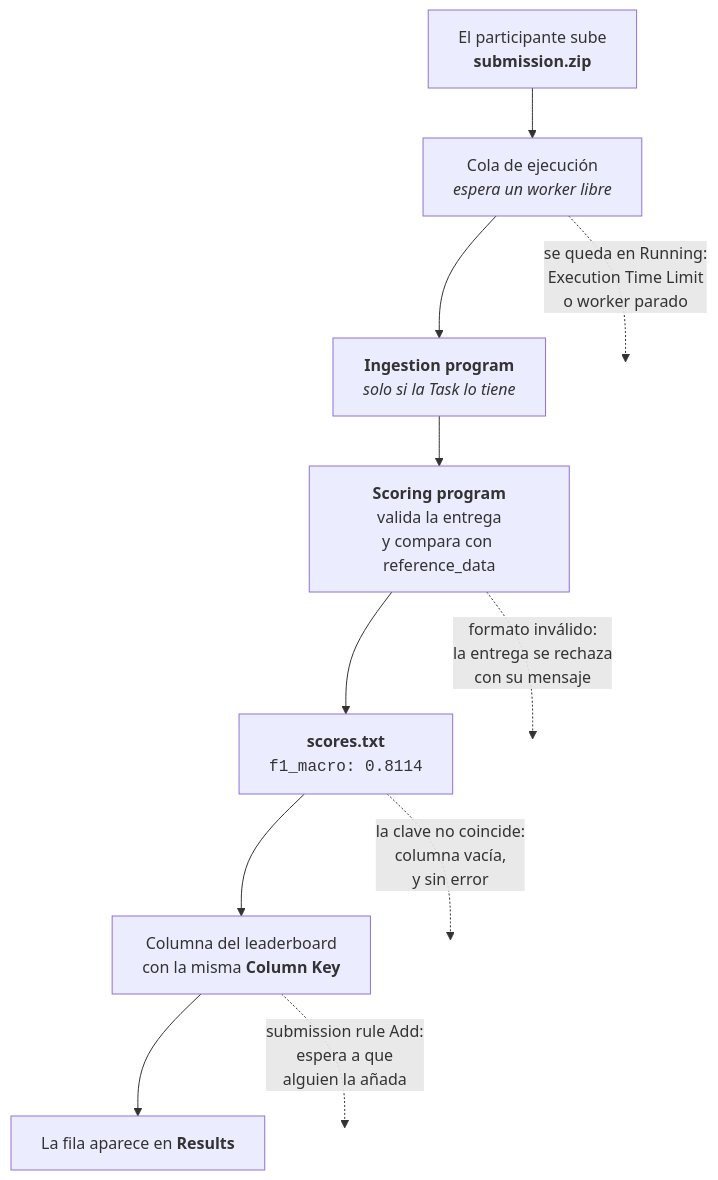
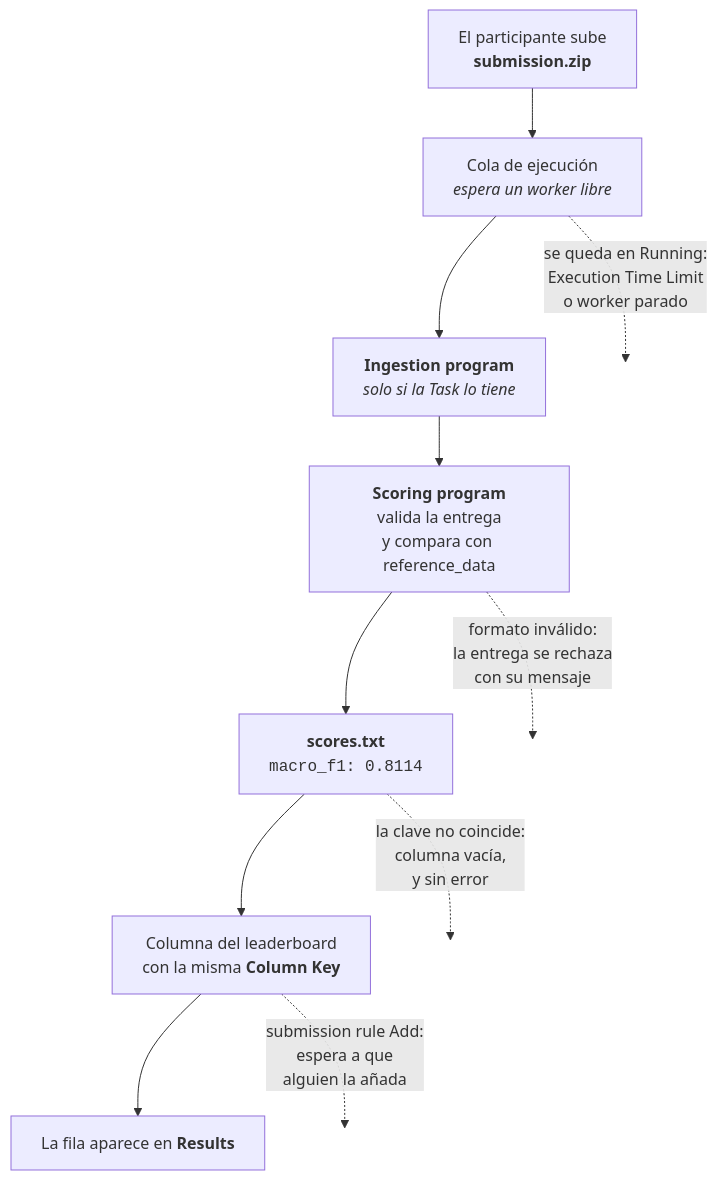
One commit to captia-technology/codabench-docs changed the diagram in docs/submissions/index.md. Above: the diagram before and after it, drawn with Mermaid. The commit also changed 27 other files, not shown here.

````diff
--- a/docs/submissions/index.md
+++ b/docs/submissions/index.md
@@ -19,20 +19,20 @@
 ```mermaid
 flowchart TB
   A["El participante sube<br/><b>submission.zip</b>"]
   B["Cola de ejecución<br/><i>espera un worker libre</i>"]
   C["<b>Ingestion program</b><br/><i>solo si la Task lo tiene</i>"]
   D["<b>Scoring program</b><br/>valida la entrega<br/>y compara con reference_data"]
-  E["<b>scores.txt</b><br/><code>f1_macro: 0.8114</code>"]
+  E["<b>scores.txt</b><br/><code>macro_f1: 0.8114</code>"]
   F["Columna del leaderboard<br/>con la misma <b>Column Key</b>"]
   G["La fila aparece en <b>Results</b>"]
 
   A --> B --> C --> D --> E --> F --> G
 
   B -. "se queda en Running:<br/>Execution Time Limit<br/>o worker parado" .-> X1[" "]
   D -. "formato inválido:<br/>la entrega se rechaza<br/>con su mensaje" .-> X2[" "]
   E -. "la clave no coincide:<br/>columna vacía,<br/>y sin error" .-> X3[" "]
   F -. "submission rule Add:<br/>espera a que<br/>alguien la añada" .-> X4[" "]
 
   classDef vacio fill:none,stroke:none
   class X1,X2,X3,X4 vacio
 ```
````
